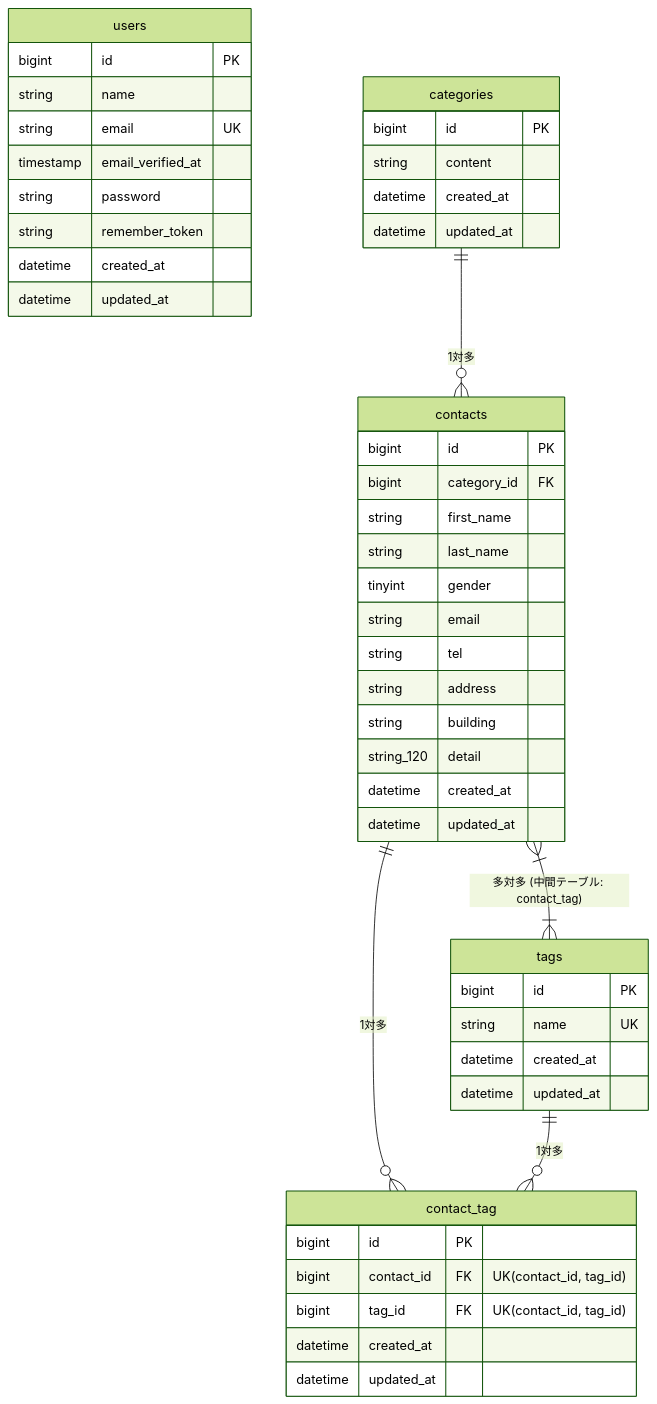
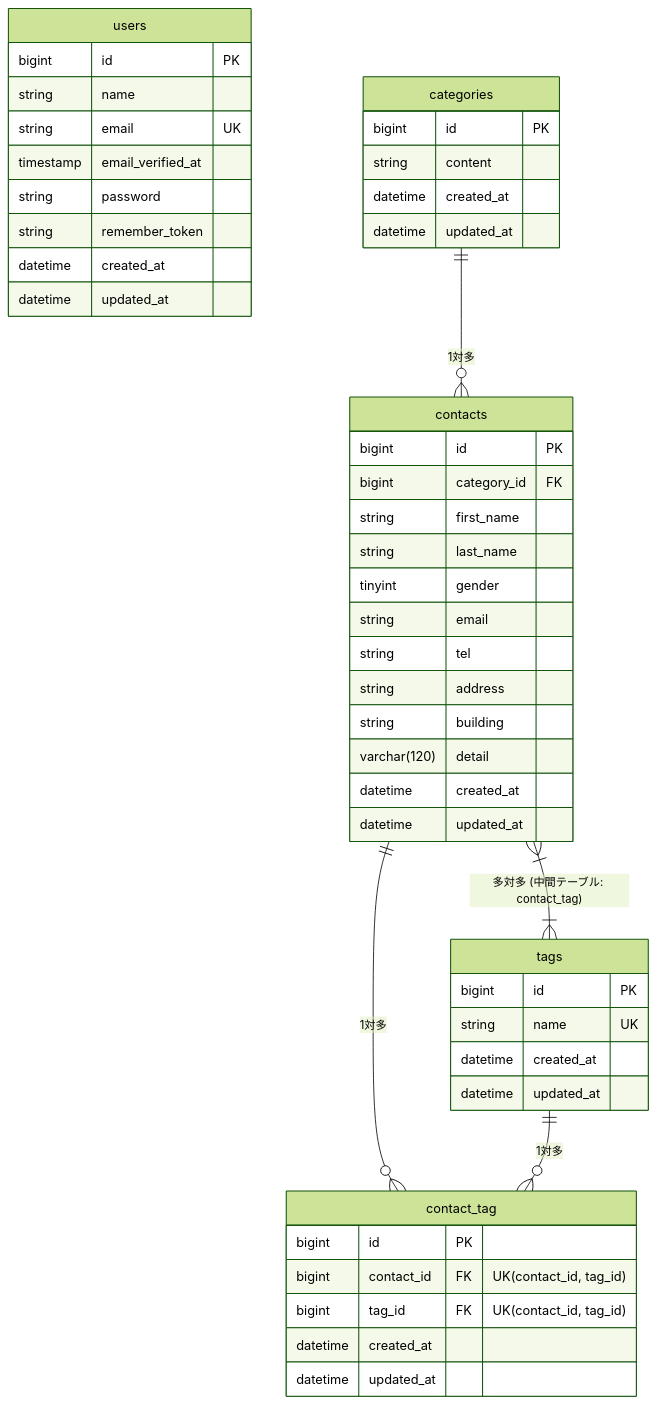
Before and after one commit to hashimoto53/contact-form-app: the diagram in README.md, drawn with Mermaid (forest theme). The commit also changed other lines of this file, not shown here.

Commit message:
docs: READMEおよびER図のルーティング・テスト件数・型表記を修正

````diff
--- a/README.md
+++ b/README.md
@@ -70,55 +72,55 @@
 ```mermaid
 erDiagram
     users {
         bigint id PK
         string name
         string email UK
         timestamp email_verified_at
         string password
         string remember_token
         datetime created_at
         datetime updated_at
     }
 
     categories {
         bigint id PK
         string content
         datetime created_at
         datetime updated_at
     }
 
     tags {
         bigint id PK
         string name UK
         datetime created_at
         datetime updated_at
     }
 
     contacts {
         bigint id PK
         bigint category_id FK
         string first_name
         string last_name
         tinyint gender
         string email
         string tel
         string address
         string building
-        string_120 detail
+        varchar(120) detail
         datetime created_at
         datetime updated_at
     }
 
     contact_tag {
         bigint id PK
         bigint contact_id FK "UK(contact_id, tag_id)"
         bigint tag_id FK "UK(contact_id, tag_id)"
         datetime created_at
         datetime updated_at
     }
 
     categories ||--o{ contacts : "1対多"
     contacts ||--o{ contact_tag : "1対多"
     tags ||--o{ contact_tag : "1対多"
     contacts }|--|{ tags : "多対多 (中間テーブル: contact_tag)"
 ```
````
